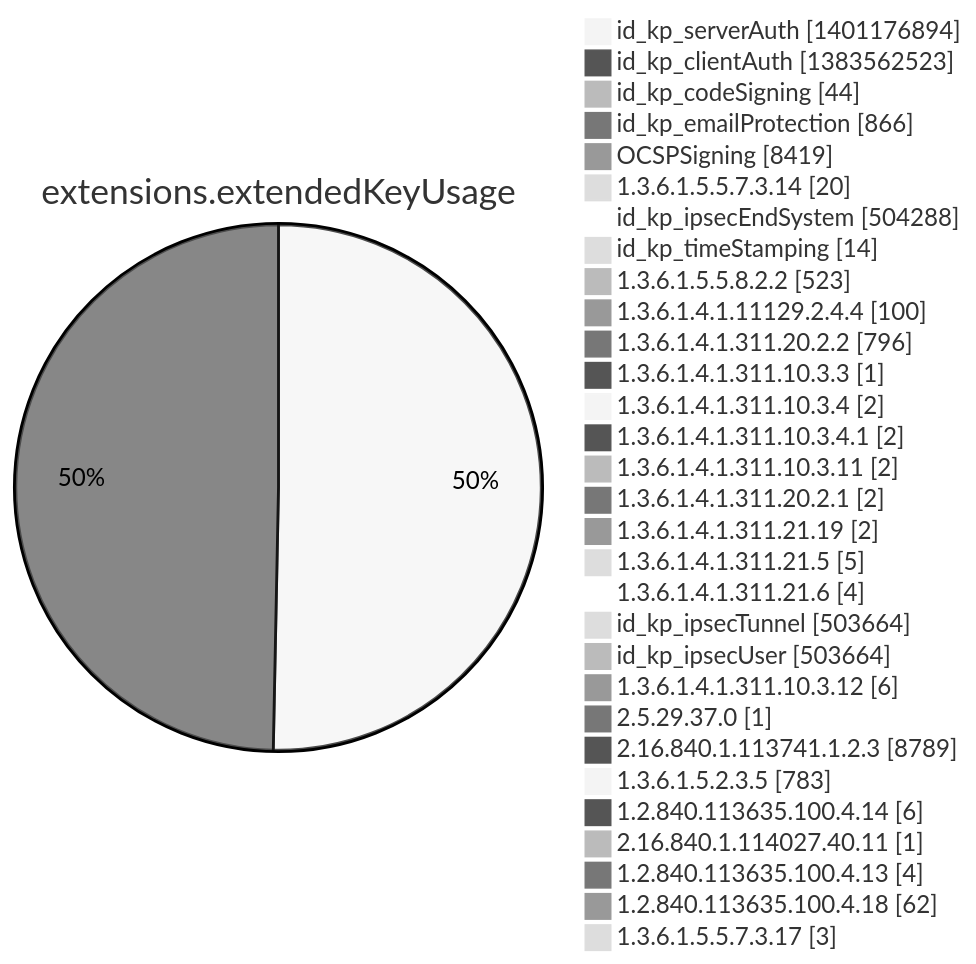
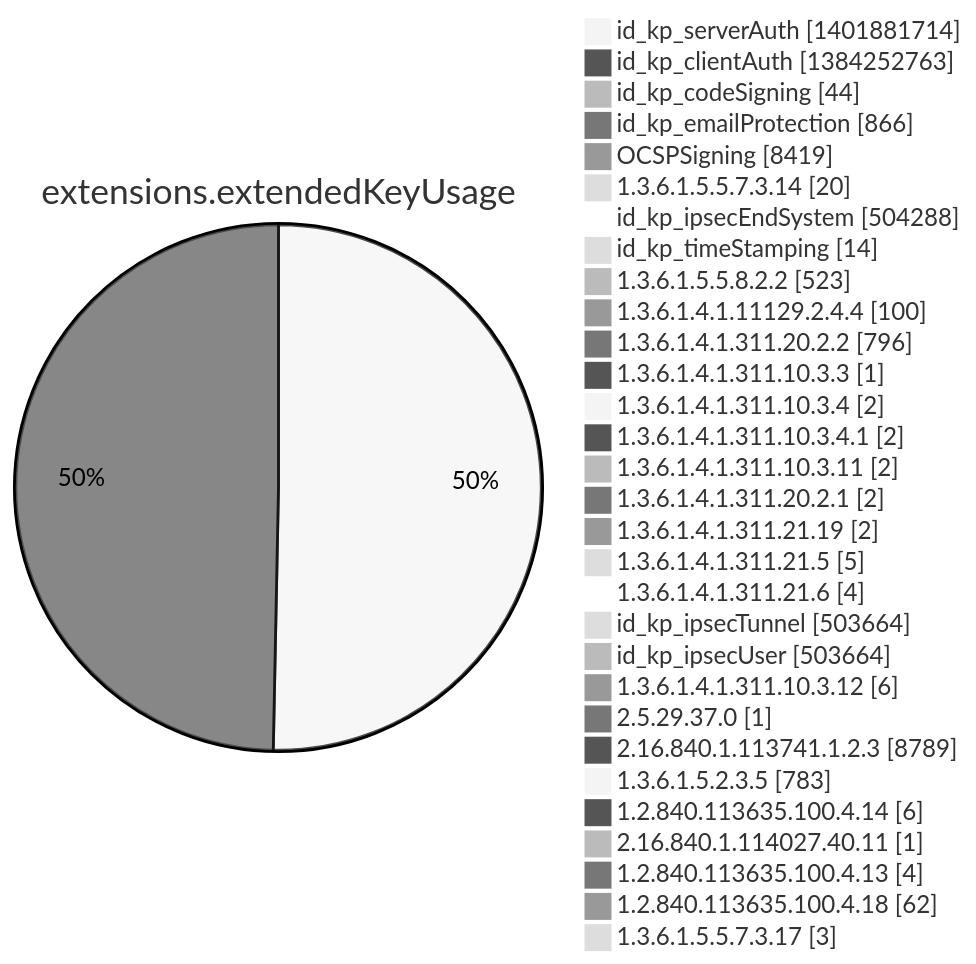
One commit to christiankrug/ctmonitor_visualization changed diagram 12 of 15 in argon2022/README.md. Above: the diagram before and after it, drawn with Mermaid (neutral theme). The commit also changed other lines of this file, not shown here.

````diff
--- a/argon2022/README.md
+++ b/argon2022/README.md
@@ -3554,34 +3554,34 @@
 ```mermaid
 pie showData
 title extensions.extendedKeyUsage
-"id_kp_serverAuth" :1401176894
-"id_kp_clientAuth" :1383562523
+"id_kp_serverAuth" :1401881714
+"id_kp_clientAuth" :1384252763
 "id_kp_codeSigning" :44
 "id_kp_emailProtection" :866
 "OCSPSigning" :8419
 "1.3.6.1.5.5.7.3.14" :20
 "id_kp_ipsecEndSystem" :504288
 "id_kp_timeStamping" :14
 "1.3.6.1.5.5.8.2.2" :523
 "1.3.6.1.4.1.11129.2.4.4" :100
 "1.3.6.1.4.1.311.20.2.2" :796
 "1.3.6.1.4.1.311.10.3.3" :1
 "1.3.6.1.4.1.311.10.3.4" :2
 "1.3.6.1.4.1.311.10.3.4.1" :2
 "1.3.6.1.4.1.311.10.3.11" :2
 "1.3.6.1.4.1.311.20.2.1" :2
 "1.3.6.1.4.1.311.21.19" :2
 "1.3.6.1.4.1.311.21.5" :5
 "1.3.6.1.4.1.311.21.6" :4
 "id_kp_ipsecTunnel" :503664
 "id_kp_ipsecUser" :503664
 "1.3.6.1.4.1.311.10.3.12" :6
 "2.5.29.37.0" :1
 "2.16.840.1.113741.1.2.3" :8789
 "1.3.6.1.5.2.3.5" :783
 "1.2.840.113635.100.4.14" :6
 "2.16.840.1.114027.40.11" :1
 "1.2.840.113635.100.4.13" :4
 "1.2.840.113635.100.4.18" :62
 "1.3.6.1.5.5.7.3.17" :3
 ```
````
